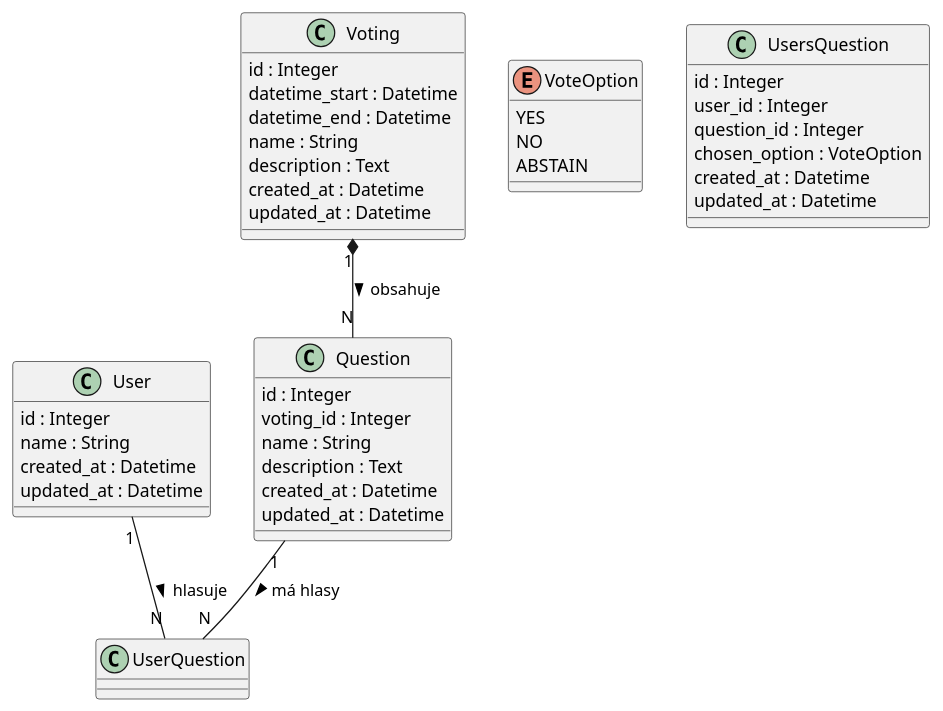
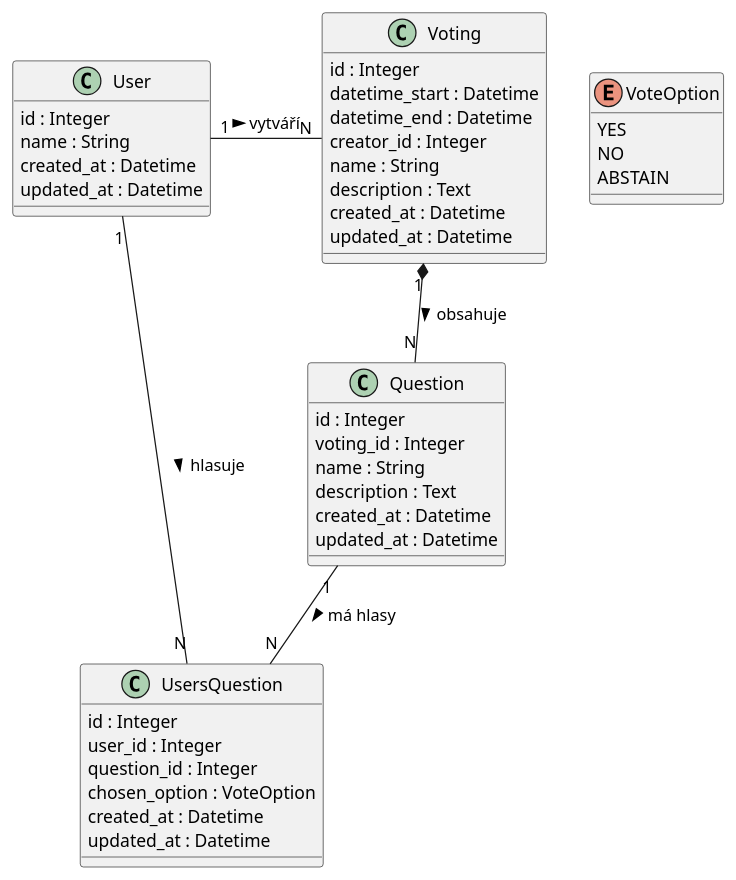
Before and after one commit to jacky32/slovjani: the diagram in docs/diagrams/voting_system.plantuml, drawn with PlantUML. The commit also changed 8 other files, not shown here.

```diff
--- a/docs/diagrams/voting_system.plantuml
+++ b/docs/diagrams/voting_system.plantuml
@@ -1,49 +1,51 @@
 @startuml "Voting System Class Diagram"
 
 class User {
   id : Integer
   name : String
   created_at : Datetime
   updated_at : Datetime
 }
 
 class Voting {
   id : Integer
   datetime_start : Datetime
   datetime_end : Datetime
+  creator_id : Integer
   name : String
   description : Text
   created_at : Datetime
   updated_at : Datetime
 }
 
 class Question {
   id : Integer
   voting_id : Integer
   name : String
   description : Text
   created_at : Datetime
   updated_at : Datetime
 }
 
 enum VoteOption {
   YES
   NO
   ABSTAIN
 }
 
 class UsersQuestion {
   id : Integer
   user_id : Integer
   question_id : Integer
   chosen_option : VoteOption
   created_at : Datetime
   updated_at : Datetime
 }
 
 ' Vazby
 Voting "1" *-- "N" Question : obsahuje >
-User "1" -- "N" UserQuestion : hlasuje >
-Question "1" -- "N" UserQuestion : má hlasy >
+User "1" -- "N" UsersQuestion : hlasuje >
+Question "1" -- "N" UsersQuestion : má hlasy >
+User "1" - "N" Voting : vytváří >
 
 @enduml
```
